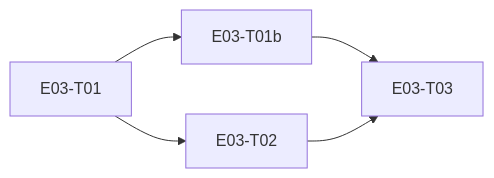
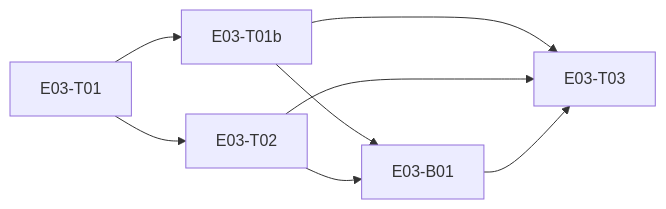
One commit to SHAJED99/nexora changed the diagram in epics/E03-e2e-encryption/tracker.md. Above: the diagram before and after it, drawn with Mermaid. The commit also changed other lines of this file and 2 other files, not shown here.

````diff
--- a/epics/E03-e2e-encryption/tracker.md
+++ b/epics/E03-e2e-encryption/tracker.md
@@ -14,7 +15,10 @@
 ```mermaid
 graph LR
   T01[E03-T01] --> T01b[E03-T01b]
   T01[E03-T01] --> T02[E03-T02]
   T01b --> T03[E03-T03]
   T02 --> T03
+  T01b --> B01[E03-B01]
+  T02 --> B01
+  B01 --> T03
 ```
````
